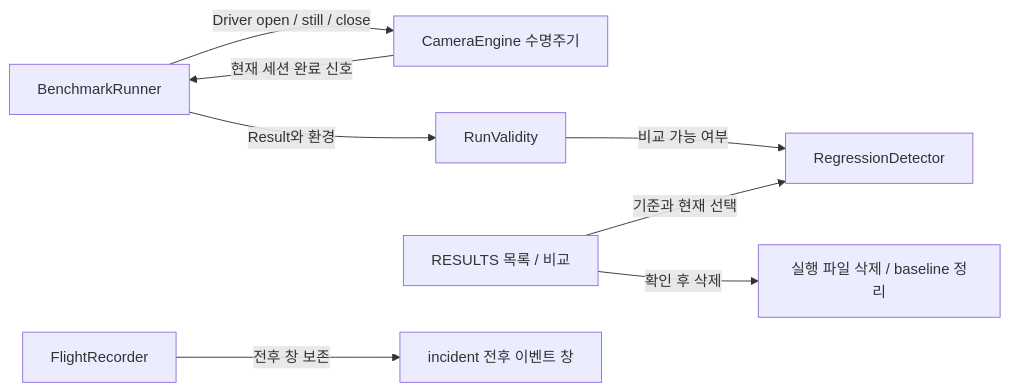
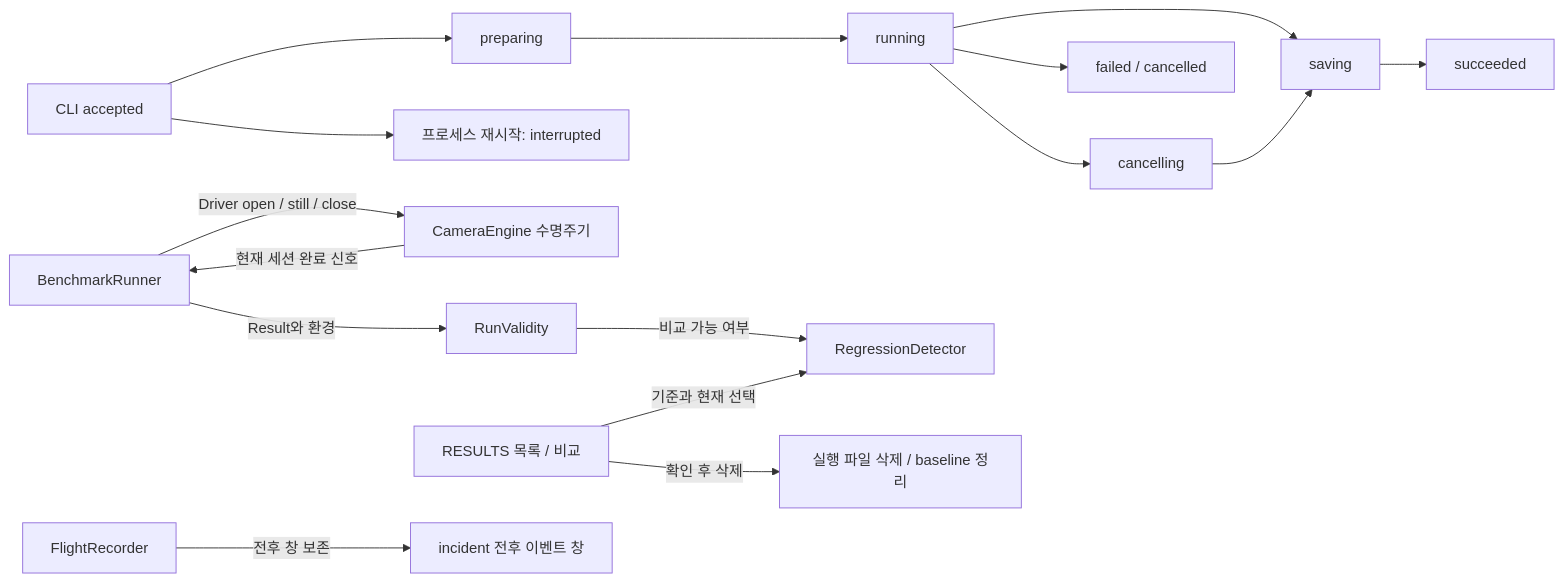
The third of 3 diagrams in docs/guide/architecture.md (TTolsun/hal-camera), drawn with Mermaid before and after one commit. The commit also changed other lines of this file and 56 other files, not shown here.

````diff
--- a/docs/guide/architecture.md
+++ b/docs/guide/architecture.md
@@ -232,10 +251,14 @@
 ```mermaid
 graph LR
+    accepted["CLI accepted"] --> preparing["preparing"] --> running["running"] --> saving["saving"] --> succeeded["succeeded"]
+    running --> cancelling["cancelling"] --> saving
+    running --> failed["failed / cancelled"]
+    accepted --> interrupted["프로세스 재시작: interrupted"]
     runner["BenchmarkRunner"] -->|"Driver open / still / close"| engine["CameraEngine 수명주기"]
     engine -->|"현재 세션 완료 신호"| runner
     runner -->|"Result와 환경"| validity["RunValidity"]
     validity -->|"비교 가능 여부"| comparison["RegressionDetector"]
     history["RESULTS 목록 / 비교"] -->|"기준과 현재 선택"| comparison
     history -->|"확인 후 삭제"| delete["실행 파일 삭제 / baseline 정리"]
     recorder["FlightRecorder"] -->|"전후 창 보존"| incident["incident 전후 이벤트 창"]
 ```
````
